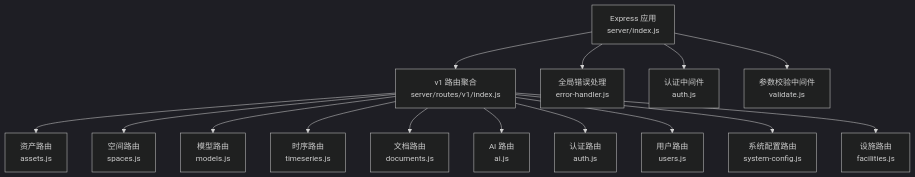
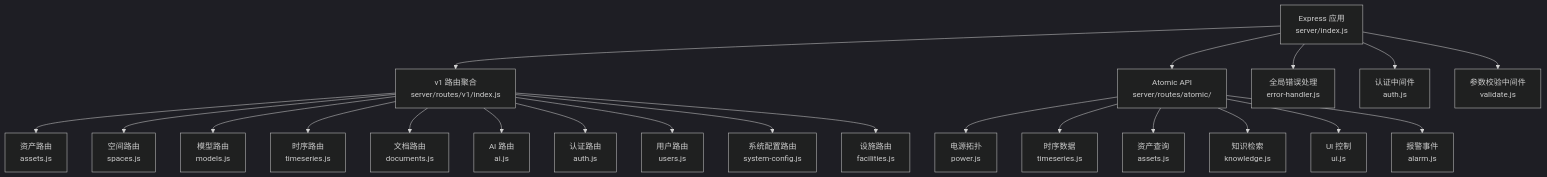
One commit to ideeinfo/TwinSight changed the first of 3 diagrams in repowiki/zh/content/后端架构/API路由设计/API路由设计.md. Above: the diagram before and after it, drawn with Mermaid (dark theme). The commit also changed other lines of this file and 2 other files, not shown here.

````diff
--- a/repowiki/zh/content/后端架构/API路由设计/API路由设计.md
+++ b/repowiki/zh/content/后端架构/API路由设计/API路由设计.md
@@ -43,17 +54,24 @@
 ```mermaid
 graph TB
 A["Express 应用<br/>server/index.js"] --> B["v1 路由聚合<br/>server/routes/v1/index.js"]
+A --> AT["Atomic API<br/>server/routes/atomic/"]
 B --> C["资产路由<br/>assets.js"]
 B --> D["空间路由<br/>spaces.js"]
 B --> E["模型路由<br/>models.js"]
 B --> F["时序路由<br/>timeseries.js"]
 B --> G["文档路由<br/>documents.js"]
 B --> H["AI 路由<br/>ai.js"]
 B --> I["认证路由<br/>auth.js"]
 B --> J["用户路由<br/>users.js"]
 B --> K["系统配置路由<br/>system-config.js"]
 B --> FA["设施路由<br/>facilities.js"]
+AT --> ATP["电源拓扑<br/>power.js"]
+AT --> ATT["时序数据<br/>timeseries.js"]
+AT --> ATA["资产查询<br/>assets.js"]
+AT --> ATK["知识检索<br/>knowledge.js"]
+AT --> ATU["UI 控制<br/>ui.js"]
+AT --> ATAL["报警事件<br/>alarm.js"]
 A --> L["全局错误处理<br/>error-handler.js"]
 A --> M["认证中间件<br/>auth.js"]
 A --> N["参数校验中间件<br/>validate.js"]
 ```
````
